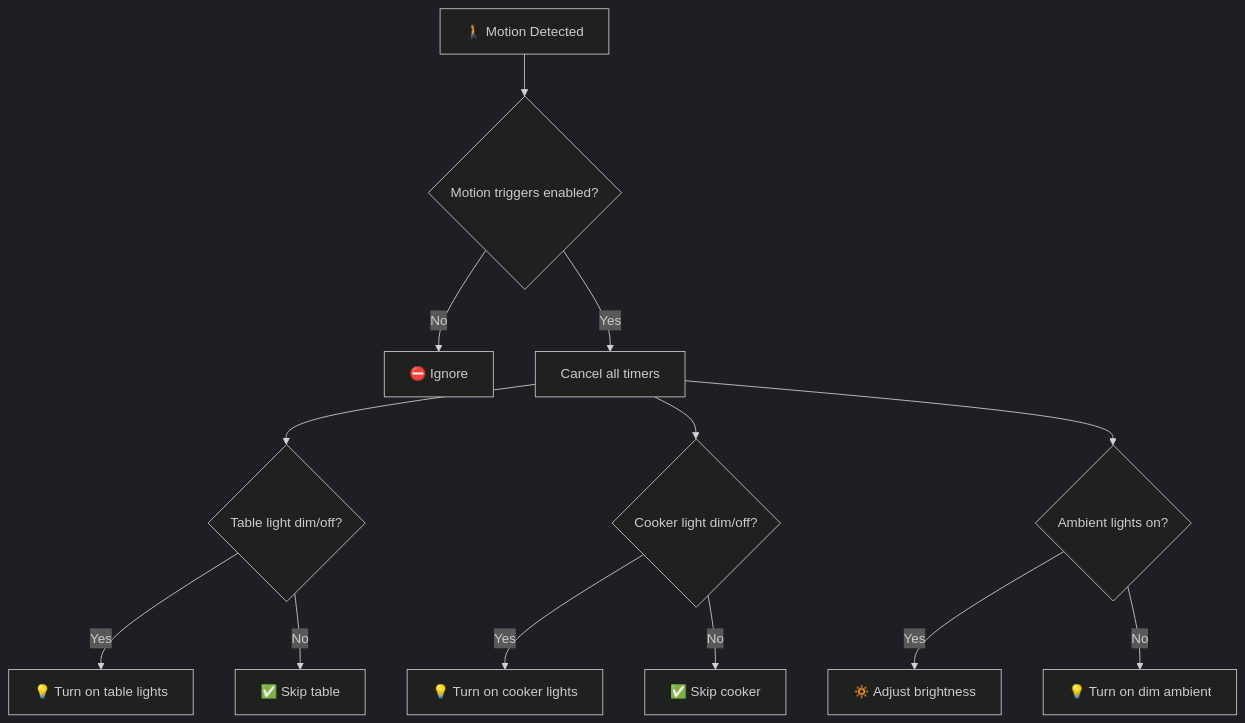
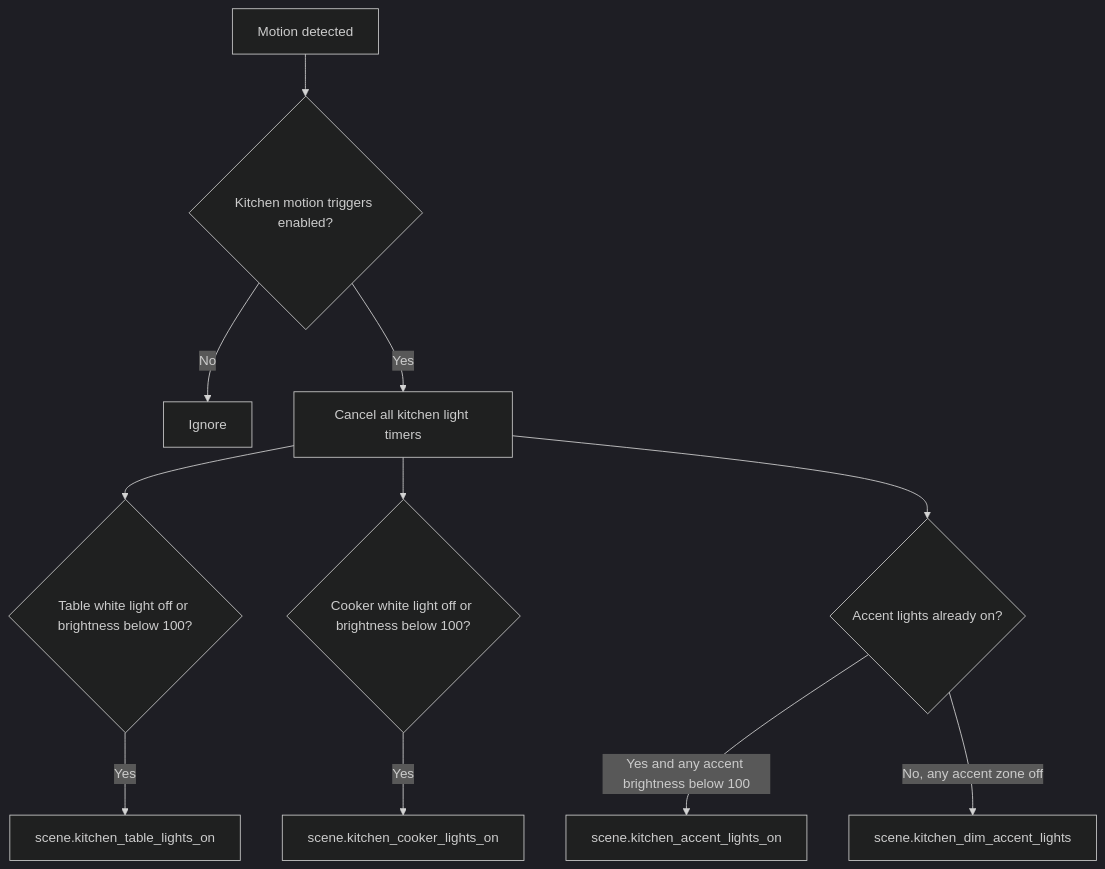
One commit to dannytsang/homeassistant-config changed the third of 3 diagrams in packages/rooms/kitchen/README.md. Above: the diagram before and after it, drawn with Mermaid (dark theme). The commit also changed other lines of this file and 60 other files, not shown here.

````diff
--- a/packages/rooms/kitchen/README.md
+++ b/packages/rooms/kitchen/README.md
@@ -116,15 +123,13 @@
 ```mermaid
 flowchart TD
-    A["🚶 Motion Detected"] --> B{"Motion triggers enabled?"}
-    B -->|No| Z["⛔ Ignore"]
-    B -->|Yes| C["Cancel all timers"]
-    C --> D{"Table light dim/off?"}
-    D -->|Yes| E["💡 Turn on table lights"]
-    D -->|No| F["✅ Skip table"]
-    C --> G{"Cooker light dim/off?"}
-    G -->|Yes| H["💡 Turn on cooker lights"]
-    G -->|No| I["✅ Skip cooker"]
-    C --> J{"Ambient lights on?"}
-    J -->|Yes| K["🔅 Adjust brightness"]
-    J -->|No| L["💡 Turn on dim ambient"]
+    Motion[Motion detected] --> Enabled{Kitchen motion triggers enabled?}
+    Enabled -->|No| Ignore[Ignore]
+    Enabled -->|Yes| Cancel[Cancel all kitchen light timers]
+    Cancel --> Table{Table white light off or brightness below 100?}
+    Cancel --> Cooker{Cooker white light off or brightness below 100?}
+    Cancel --> Accent{Accent lights already on?}
+    Table -->|Yes| TableOn[scene.kitchen_table_lights_on]
+    Cooker -->|Yes| CookerOn[scene.kitchen_cooker_lights_on]
+    Accent -->|Yes and any accent brightness below 100| AccentBright[scene.kitchen_accent_lights_on]
+    Accent -->|No, any accent zone off| AccentDim[scene.kitchen_dim_accent_lights]
 ```
````
